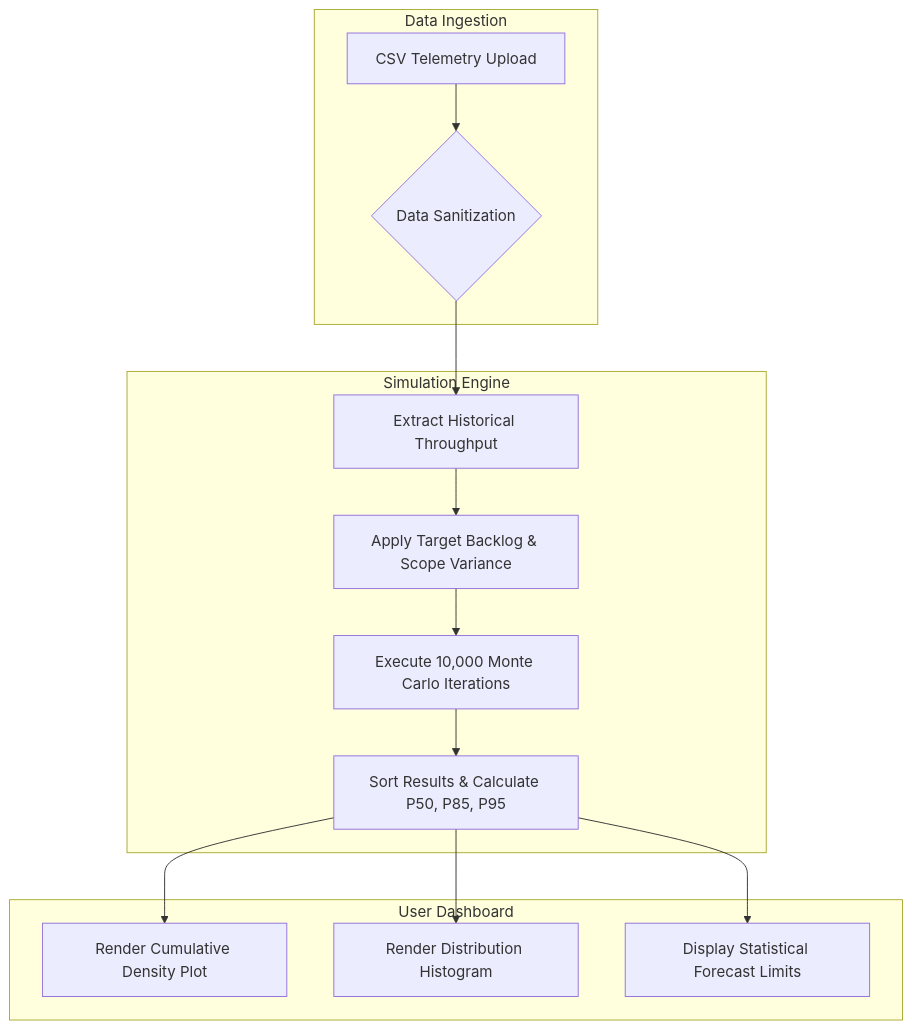
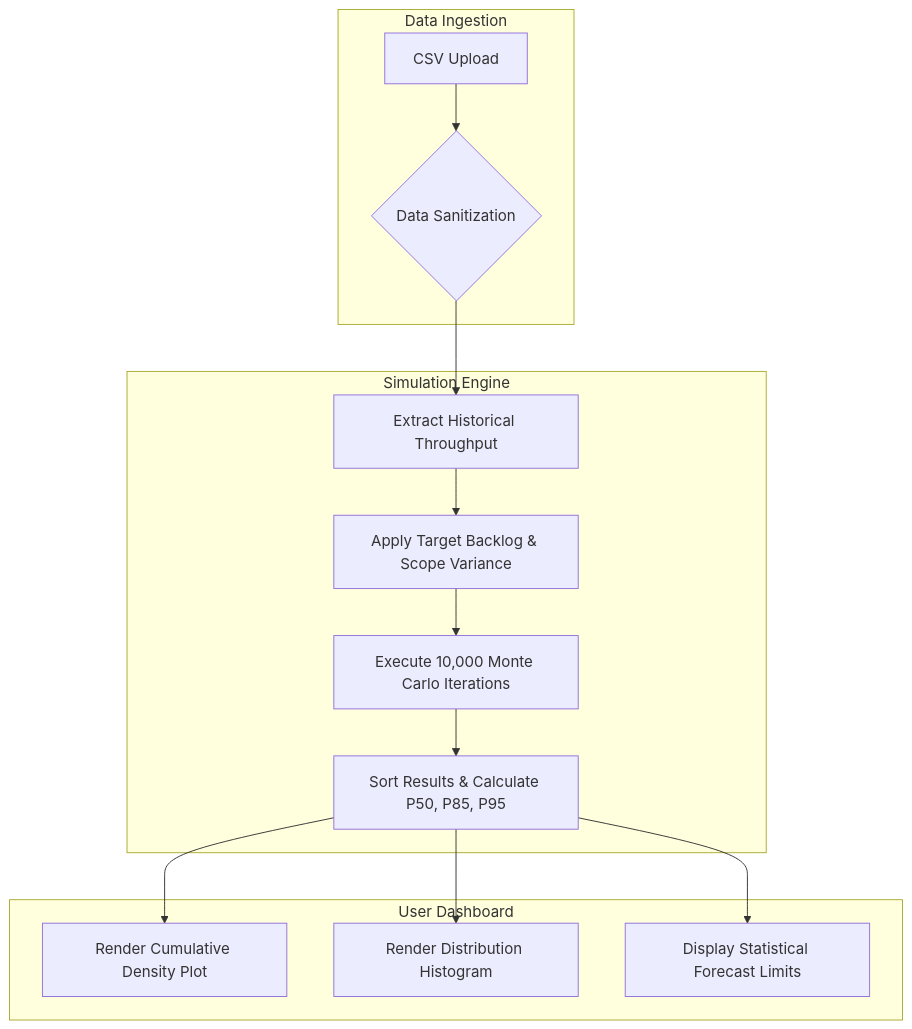
The diagram in docs/technology.md (Kawaiions/agile-monte-carlo-forecaster), drawn with Mermaid before and after one commit.

````diff
--- a/docs/technology.md
+++ b/docs/technology.md
@@ -40,19 +40,19 @@
 ```mermaid
 graph TD
     subgraph Data Ingestion
-        B[CSV Telemetry Upload] --> C{Data Sanitization}
+        B[CSV Upload] --> C{Data Sanitization}
     end
 
     subgraph Simulation Engine
         C --> D[Extract Historical Throughput]
         D --> E[Apply Target Backlog & Scope Variance]
         E --> F[Execute 10,000 Monte Carlo Iterations]
         F --> G[Sort Results & Calculate P50, P85, P95]
     end
 
     subgraph User Dashboard
         G --> H[Render Cumulative Density Plot]
         G --> I[Render Distribution Histogram]
         G --> J[Display Statistical Forecast Limits]
     end
 ```
````
